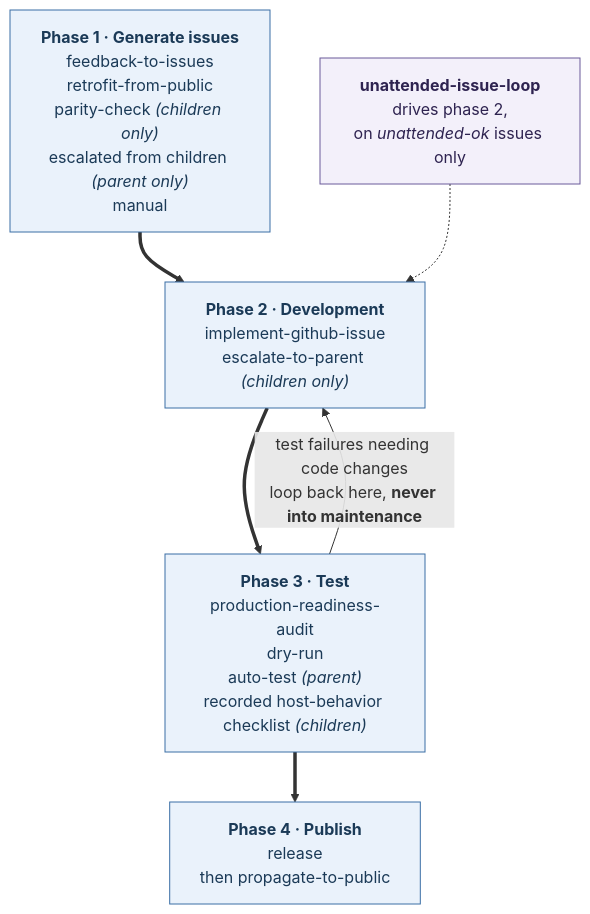
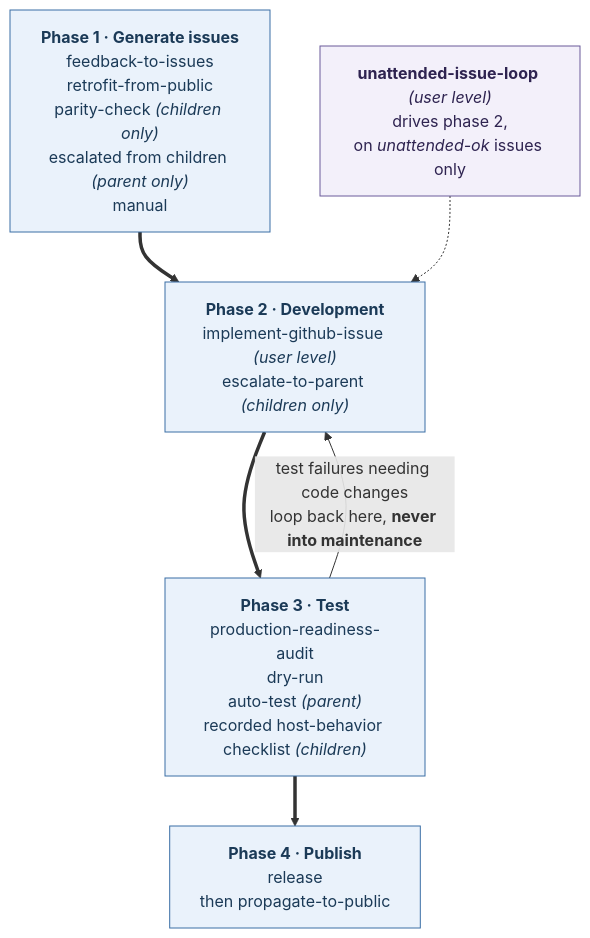
One commit to docktermj/senzing-bootcamp-claude-plugin-development changed the first of 4 diagrams in docs/FAMILY_WORKFLOW.md. Above: the diagram before and after it, drawn with Mermaid. The commit also changed other lines of this file and 24 other files, not shown here.

First line of the commit message:
refactor(skills): define the two user-level skills only at user level

````diff
--- a/docs/FAMILY_WORKFLOW.md
+++ b/docs/FAMILY_WORKFLOW.md
@@ -84,18 +89,18 @@
 ```mermaid
 flowchart TB
     P1["<b>Phase 1 · Generate issues</b><br/>feedback-to-issues<br/>retrofit-from-public<br/>parity-check <i>(children only)</i><br/>escalated from children <i>(parent only)</i><br/>manual"]
-    P2["<b>Phase 2 · Development</b><br/>implement-github-issue<br/>escalate-to-parent <i>(children only)</i>"]
+    P2["<b>Phase 2 · Development</b><br/>implement-github-issue <i>(user level)</i><br/>escalate-to-parent <i>(children only)</i>"]
     P3["<b>Phase 3 · Test</b><br/>production-readiness-audit<br/>dry-run<br/>auto-test <i>(parent)</i><br/>recorded host-behavior checklist <i>(children)</i>"]
     P4["<b>Phase 4 · Publish</b><br/>release<br/>then propagate-to-public"]
 
     P1 ==> P2 ==> P3 ==> P4
     P3 -->|"test failures needing code changes<br/>loop back here, <b>never into maintenance</b>"| P2
 
-    LOOP["<b>unattended-issue-loop</b><br/>drives phase 2,<br/>on <i>unattended-ok</i> issues only"]
+    LOOP["<b>unattended-issue-loop</b> <i>(user level)</i><br/>drives phase 2,<br/>on <i>unattended-ok</i> issues only"]
     LOOP -.-> P2
 
     classDef phase fill:#eaf2fb,stroke:#3a6ea5,color:#1b3a57
     classDef driver fill:#f3f0fa,stroke:#6a5a9a,color:#2e2350
     class P1,P2,P3,P4 phase
     class LOOP driver
 ```
````
